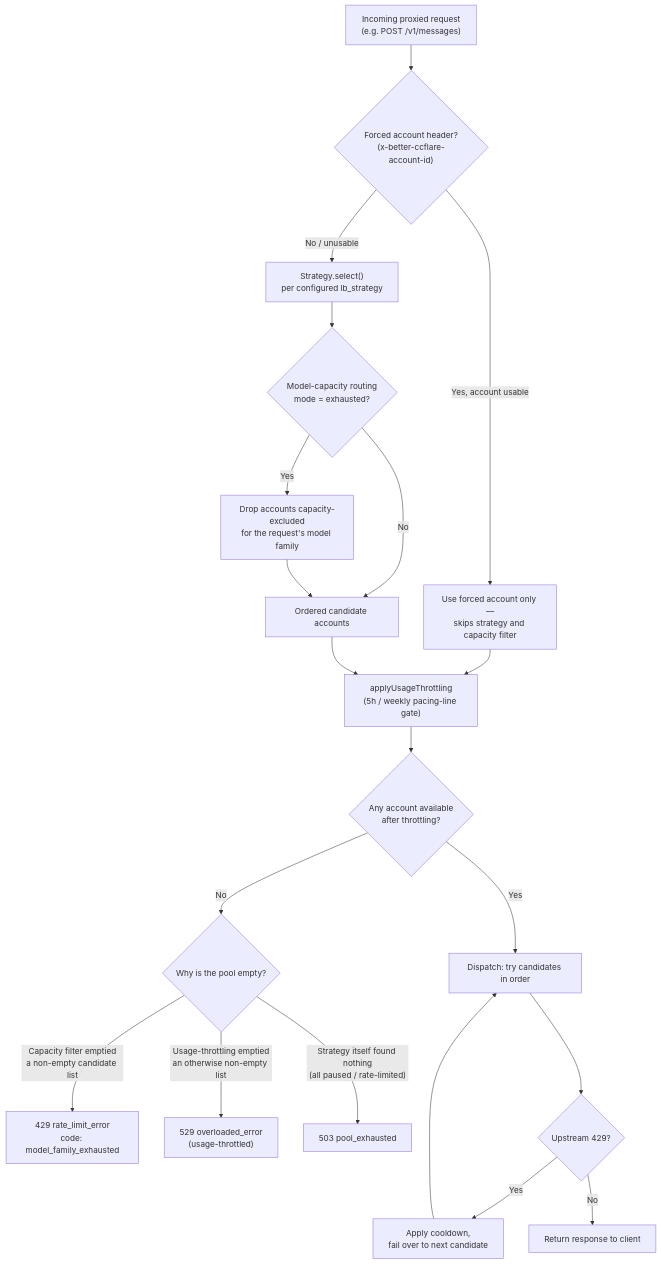
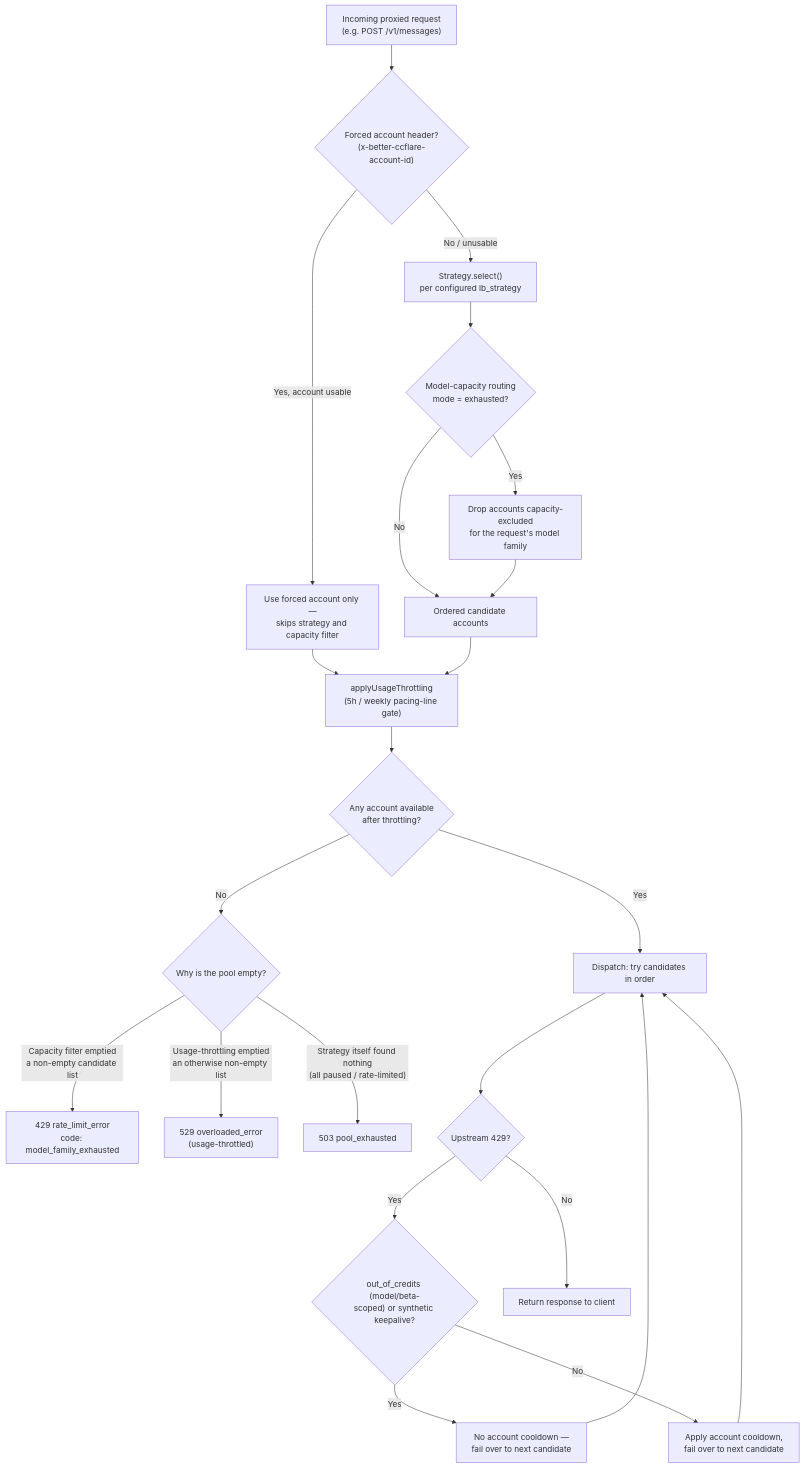
One commit to tombii/better-ccflare changed the first of 8 diagrams in docs/routing-architecture.md. Above: the diagram before and after it, drawn with Mermaid. The commit also changed other lines of this file, not shown here.

Commit message:
fix: correct two doc inaccuracies flagged by Greptile in routing-architecture reference [skip-version]
Combo-routed requests skip model-scoped weekly throttling windows (applyUsageThrottling
passes no request model for them), and out_of_credits/keepalive 429s don't apply an
account cooldown before failover — both were previously stated unconditionally.

````diff
--- a/docs/routing-architecture.md
+++ b/docs/routing-architecture.md
@@ -26,22 +26,25 @@
 ```mermaid
 flowchart TD
     A["Incoming proxied request<br/>(e.g. POST /v1/messages)"] --> B{"Forced account header?<br/>(x-better-ccflare-account-id)"}
     B -->|"Yes, account usable"| C["Use forced account only —<br/>skips strategy and capacity filter"]
     B -->|"No / unusable"| D["Strategy.select()<br/>per configured lb_strategy"]
     D --> E{"Model-capacity routing<br/>mode = exhausted?"}
     E -->|"Yes"| F["Drop accounts capacity-excluded<br/>for the request's model family"]
     E -->|"No"| G["Ordered candidate accounts"]
     F --> G
     C --> H["applyUsageThrottling<br/>(5h / weekly pacing-line gate)"]
     G --> H
     H --> I{"Any account available<br/>after throttling?"}
     I -->|"No"| J{"Why is the pool empty?"}
     J -->|"Capacity filter emptied<br/>a non-empty candidate list"| K["429 rate_limit_error<br/>code: model_family_exhausted"]
     J -->|"Usage-throttling emptied<br/>an otherwise non-empty list"| L["529 overloaded_error<br/>(usage-throttled)"]
     J -->|"Strategy itself found nothing<br/>(all paused / rate-limited)"| M["503 pool_exhausted"]
     I -->|"Yes"| N["Dispatch: try candidates in order"]
     N --> O{"Upstream 429?"}
-    O -->|"Yes"| P["Apply cooldown,<br/>fail over to next candidate"]
-    P --> N
+    O -->|"Yes"| P{"out_of_credits (model/beta-<br/>scoped) or synthetic keepalive?"}
+    P -->|"Yes"| P2["No account cooldown —<br/>fail over to next candidate"]
+    P -->|"No"| P3["Apply account cooldown,<br/>fail over to next candidate"]
+    P2 --> N
+    P3 --> N
     O -->|"No"| Q["Return response to client"]
 ```
````
